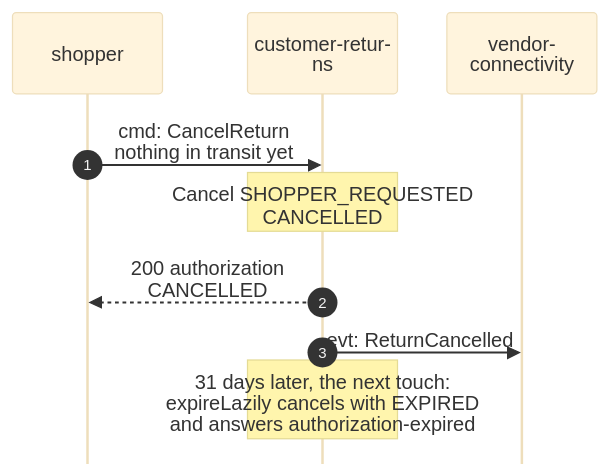
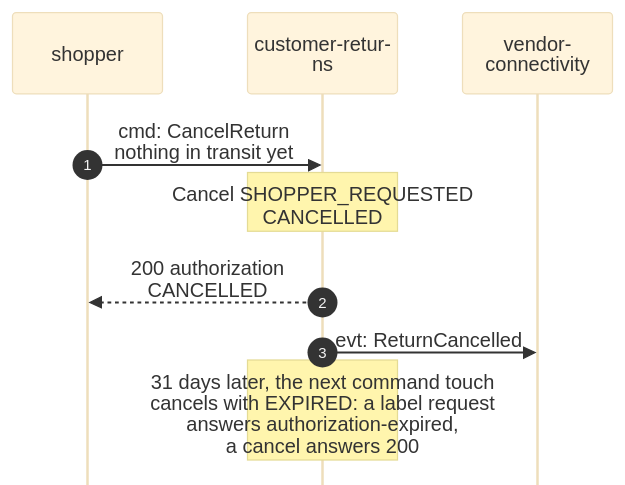
Before and after one commit to IQVO/customer-returns: the fourth of 4 diagrams in docs/docs/ddd/domain-message-flow.md, drawn with Mermaid (base theme). The commit also changed other lines of this file and 9 other files, not shown here.

````diff
--- a/docs/docs/ddd/domain-message-flow.md
+++ b/docs/docs/ddd/domain-message-flow.md
@@ -94,13 +94,13 @@
 ```mermaid
 %%{init: {"sequence": {"wrap": true, "width": 120, "actorMargin": 24, "messageMargin": 28, "boxMargin": 6, "noteMargin": 6, "mirrorActors": false}}}%%
 sequenceDiagram
     autonumber
     participant S as shopper
     participant CR as customer-returns
     participant VC as vendor-<br/>connectivity
     S->>CR: cmd: CancelReturn<br/>nothing in transit yet
     Note over CR: Cancel SHOPPER_REQUESTED<br/>CANCELLED
     CR-->>S: 200 authorization CANCELLED
     CR->>VC: evt: ReturnCancelled
-    Note over CR: 31 days later, the next touch:<br/>expireLazily cancels with EXPIRED<br/>and answers authorization-expired
+    Note over CR: 31 days later, the next command touch<br/>cancels with EXPIRED: a label request<br/>answers authorization-expired,<br/>a cancel answers 200
 ```
````
